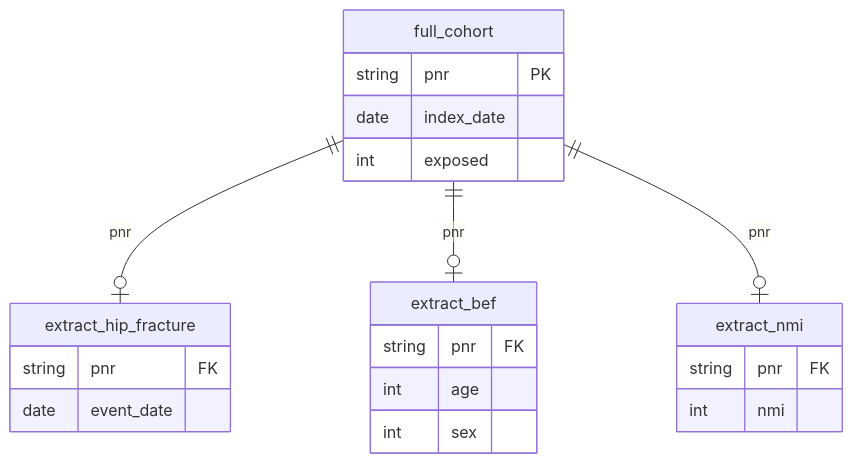
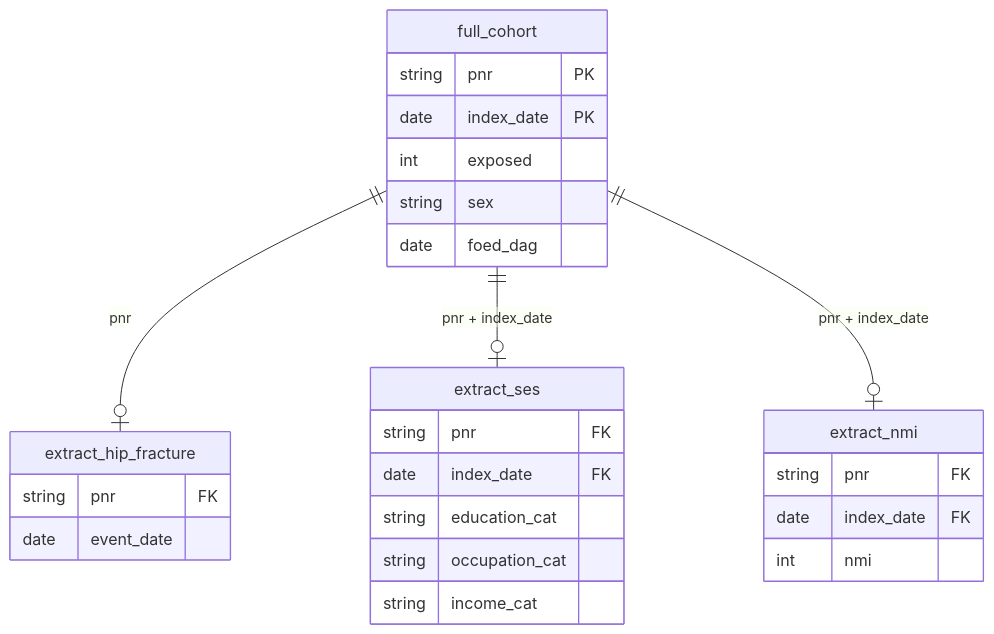
One commit to steno-aarhus/registers-guide changed the diagram in joins.qmd. Above: the diagram before and after it, drawn with Mermaid. The commit also changed other lines of this file and 10 other files, not shown here.

Commit message:
example study: join on pnr + index_date, censor at crossover, same file and column names across pages (#59)

````diff
--- a/joins.qmd
+++ b/joins.qmd
@@ -41,24 +44,29 @@
 ```{mermaid}
 erDiagram
-    full_cohort ||--o| extract_hip_fracture : pnr
-    full_cohort ||--o| extract_bef : pnr
-    full_cohort ||--o| extract_nmi : pnr
+    full_cohort ||--o| extract_hip_fracture : "pnr"
+    full_cohort ||--o| extract_ses : "pnr + index_date"
+    full_cohort ||--o| extract_nmi : "pnr + index_date"
     full_cohort {
         string pnr PK
-        date index_date
+        date index_date PK
         int exposed
+        string sex
+        date foed_dag
     }
     extract_hip_fracture {
         string pnr FK
         date event_date
     }
-    extract_bef {
+    extract_ses {
         string pnr FK
-        int age
-        int sex
+        date index_date FK
+        string education_cat
+        string occupation_cat
+        string income_cat
     }
     extract_nmi {
         string pnr FK
+        date index_date FK
         int nmi
     }
 ```
````
